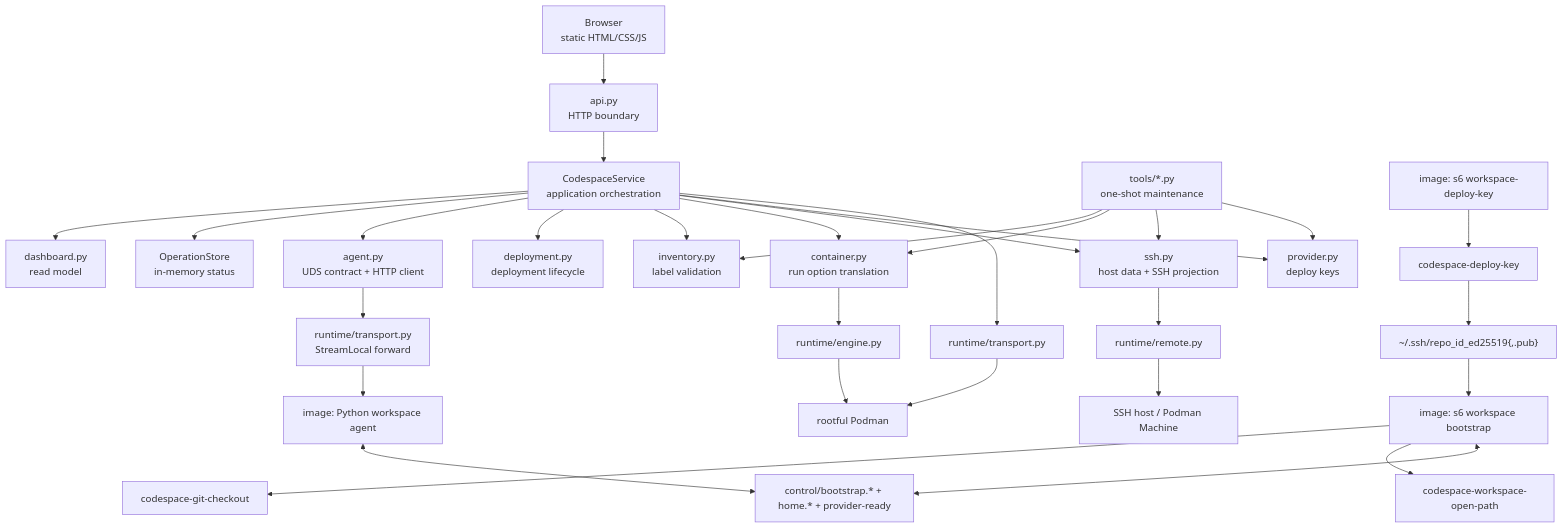
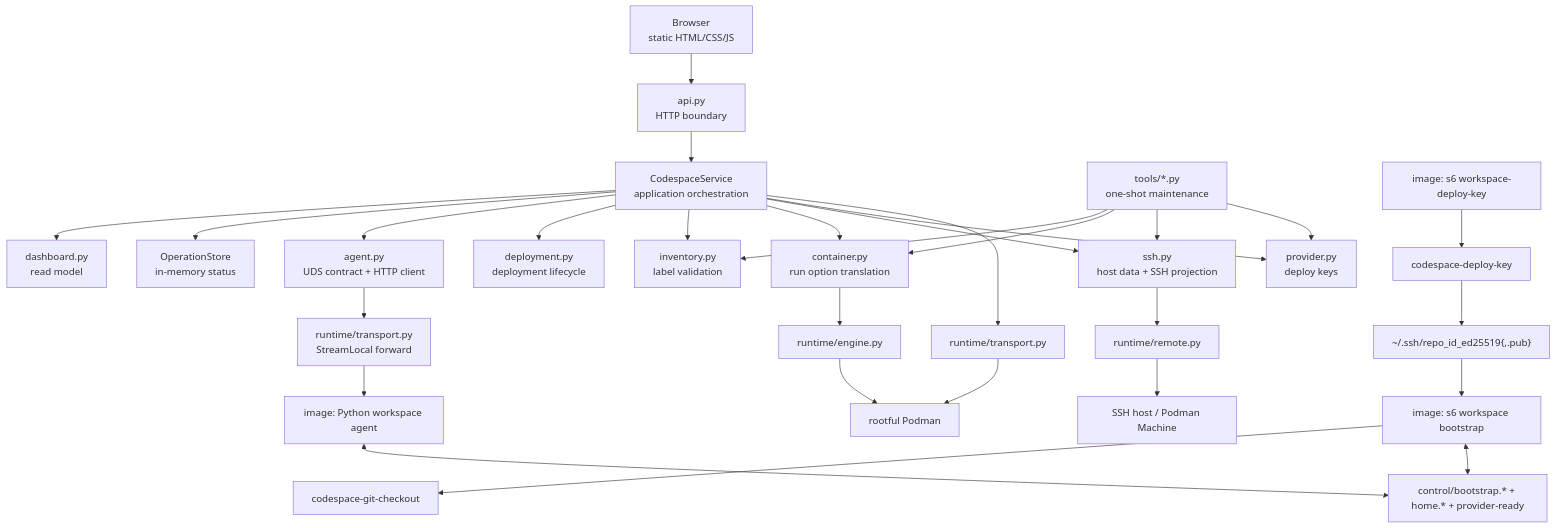
The second of 9 diagrams in controller/DESIGN.md (curoky/codespace), drawn with Mermaid before and after one commit. The commit also changed 15 other files, not shown here.

First line of the commit message:
refactor: simplify workspace setup by removing redundant helper scripts

````diff
--- a/controller/DESIGN.md
+++ b/controller/DESIGN.md
@@ -54,34 +54,33 @@
 ```mermaid
 flowchart TB
     Browser["Browser<br/>static HTML/CSS/JS"] --> API["api.py<br/>HTTP boundary"]
     API --> Service["CodespaceService<br/>application orchestration"]
     Service --> Dashboard["dashboard.py<br/>read model"]
     Service --> Operations["OperationStore<br/>in-memory status"]
     Service --> Agent["agent.py<br/>UDS contract + HTTP client"]
     Service --> Deployment["deployment.py<br/>deployment lifecycle"]
     Service --> Inventory["inventory.py<br/>label validation"]
     Service --> Container["container.py<br/>run option translation"]
     Service --> SSH["ssh.py<br/>host data + SSH projection"]
     Service --> Provider["provider.py<br/>deploy keys"]
 
     CLI["tools/*.py<br/>one-shot maintenance"] --> Inventory
     CLI --> Container
     CLI --> SSH
     CLI --> Provider
 
     Container --> Engine["runtime/engine.py"]
     Agent --> Tunnel["runtime/transport.py<br/>StreamLocal forward"]
     Tunnel --> ImageAgent["image: Python workspace agent"]
     DeployKeyService["image: s6 workspace-deploy-key"] --> DeployKeyHelper["codespace-deploy-key"]
     DeployKeyHelper --> DeployKeyPair["~/.ssh/repo_id_ed25519{,.pub}"]
     DeployKeyPair --> ImageBootstrap["image: s6 workspace bootstrap"]
     ImageBootstrap --> CheckoutHelper["codespace-git-checkout"]
-    ImageBootstrap --> OpenPathHelper["codespace-workspace-open-path"]
     ImageAgent <--> BootstrapState["control/bootstrap.* + home.* + provider-ready"]
     ImageBootstrap <--> BootstrapState
     SSH --> Remote["runtime/remote.py"]
     Service --> Transport["runtime/transport.py"]
     Engine --> Podman["rootful Podman"]
     Transport --> Podman
     Remote --> Host["SSH host / Podman Machine"]
 ```
````
